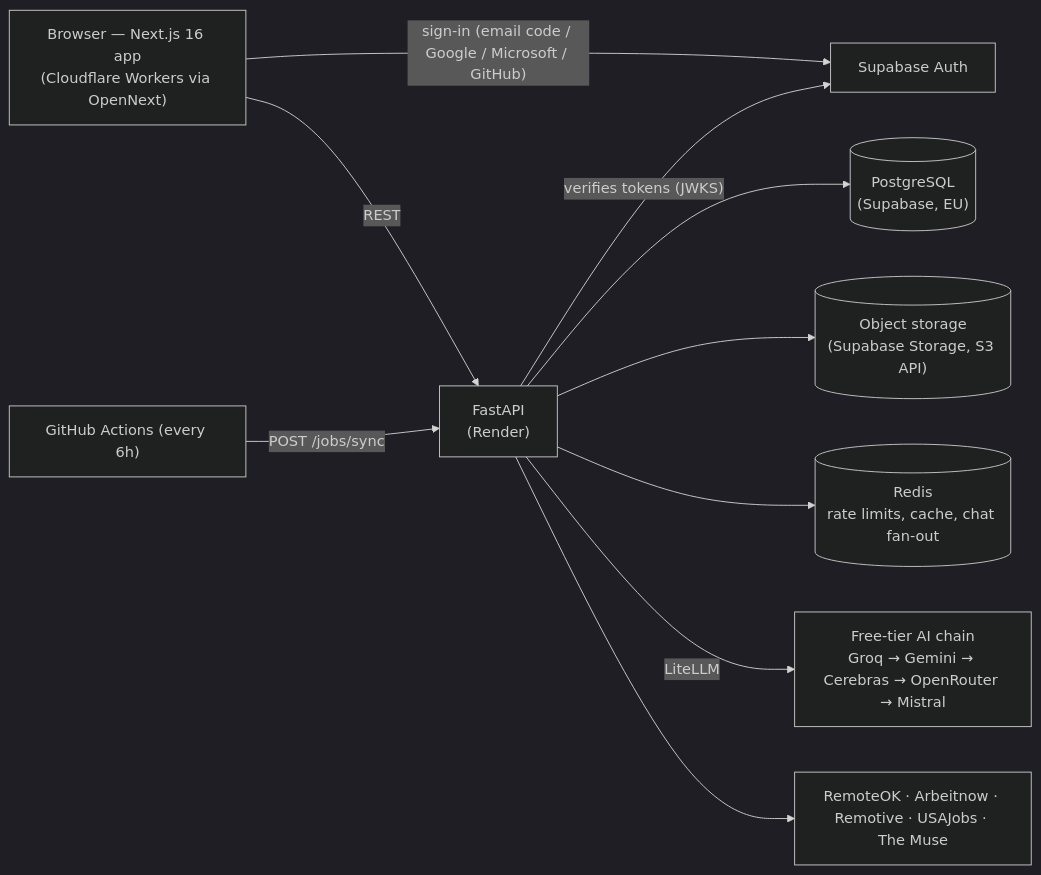
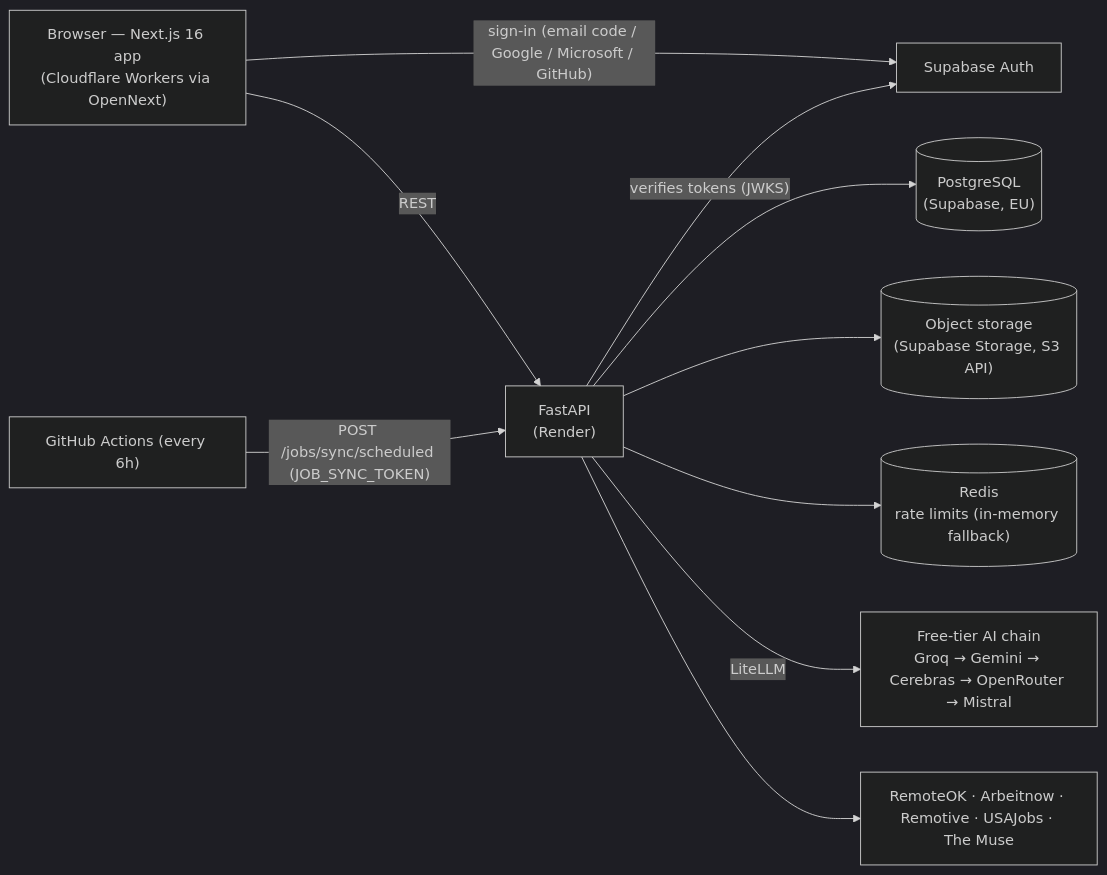
One commit to gokul-227/remote-ai-platform changed the diagram in README.md. Above: the diagram before and after it, drawn with Mermaid (dark theme). The commit also changed other lines of this file and 3 other files, not shown here.

````diff
--- a/README.md
+++ b/README.md
@@ -11,12 +11,12 @@
 ```mermaid
 flowchart LR
     Browser["Browser — Next.js 16 app<br/>(Cloudflare Workers via OpenNext)"] -- REST --> API["FastAPI<br/>(Render)"]
     Browser -- sign-in (email code / Google / Microsoft / GitHub) --> Auth["Supabase Auth"]
     API -- verifies tokens (JWKS) --> Auth
     API --> PG[("PostgreSQL<br/>(Supabase, EU)")]
     API --> S3[("Object storage<br/>(Supabase Storage, S3 API)")]
-    API --> Redis[("Redis<br/>rate limits, cache, chat fan-out")]
+    API --> Redis[("Redis<br/>rate limits (in-memory fallback)")]
     API -- LiteLLM --> LLM["Free-tier AI chain<br/>Groq → Gemini → Cerebras → OpenRouter → Mistral"]
-    Cron["GitHub Actions (every 6h)"] -- POST /jobs/sync --> API
+    Cron["GitHub Actions (every 6h)"] -- "POST /jobs/sync/scheduled (JOB_SYNC_TOKEN)" --> API
     API --> Boards["RemoteOK · Arbeitnow · Remotive · USAJobs · The Muse"]
 ```
````
